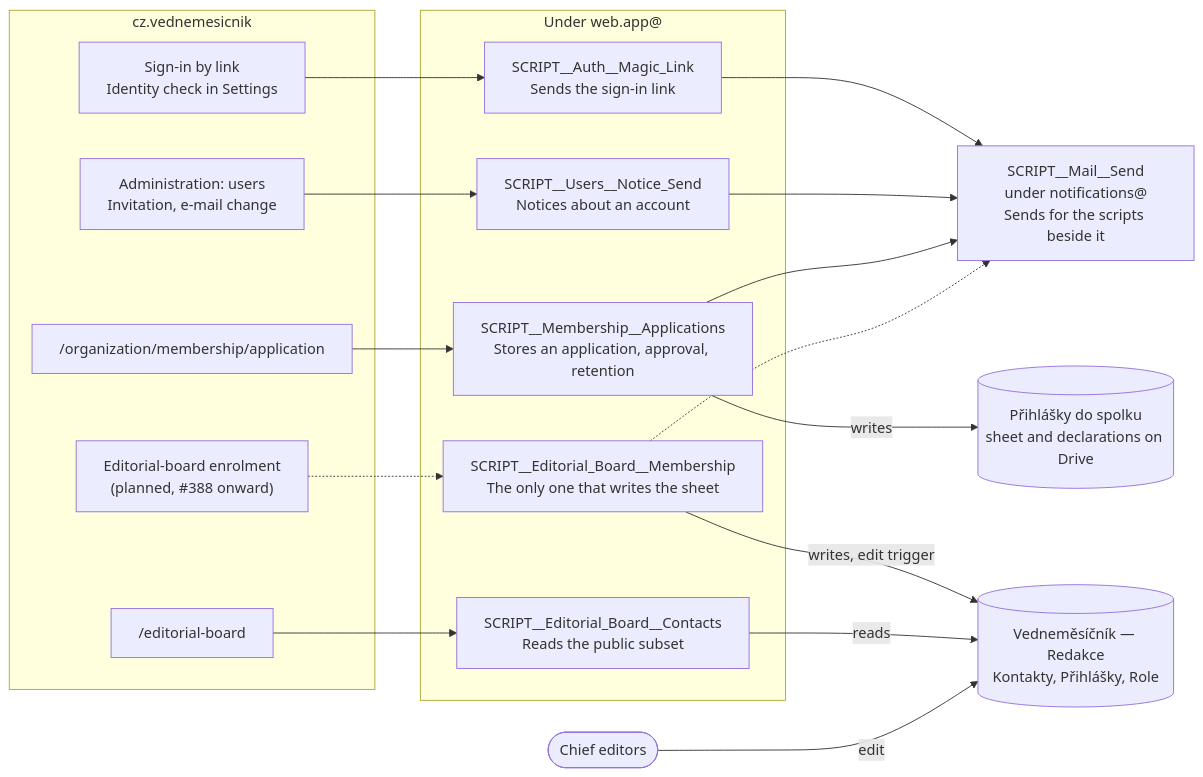
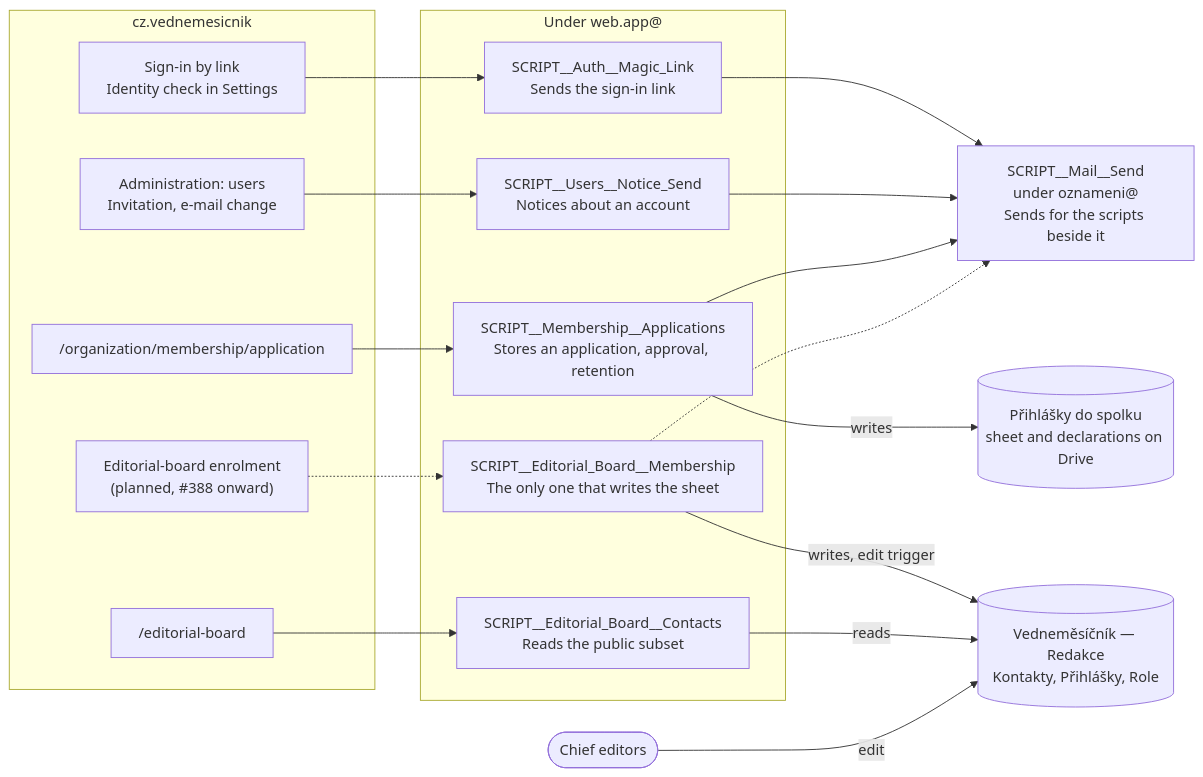
One commit to vednemesicnik/cz.vednemesicnik changed the diagram in docs/_apps-script-web-apps.md. Above: the diagram before and after it, drawn with Mermaid.

Commit message:
docs: the Mailer in the diagram runs under oznameni@

````diff
--- a/docs/_apps-script-web-apps.md
+++ b/docs/_apps-script-web-apps.md
@@ -8,38 +8,38 @@
 ```mermaid
 flowchart LR
   subgraph web["cz.vednemesicnik"]
     signIn["Sign-in by link<br/>Identity check in Settings"]
     users["Administration: users<br/>Invitation, e-mail change"]
     application["/organization/membership/application"]
     enrolment["Editorial-board enrolment<br/>(planned, #388 onward)"]
     board["/editorial-board"]
   end
 
   subgraph scripts["Under web.app@"]
     magicLink["SCRIPT__Auth__Magic_Link<br/>Sends the sign-in link"]
     usersNotice["SCRIPT__Users__Notice_Send<br/>Notices about an account"]
     membershipApplications["SCRIPT__Membership__Applications<br/>Stores an application, approval, retention"]
     boardMembership["SCRIPT__Editorial_Board__Membership<br/>The only one that writes the sheet"]
     contacts["SCRIPT__Editorial_Board__Contacts<br/>Reads the public subset"]
   end
 
-  mailer["SCRIPT__Mail__Send<br/>under notifications@<br/>Sends for the scripts beside it"]
+  mailer["SCRIPT__Mail__Send<br/>under oznameni@<br/>Sends for the scripts beside it"]
   membershipStore[("Přihlášky do spolku<br/>sheet and declarations on Drive")]
   editorialSheet[("Vedneměsíčník — Redakce<br/>Kontakty, Přihlášky, Role")]
   chiefEditors(["Chief editors"])
 
   signIn --> magicLink
   users --> usersNotice
   application --> membershipApplications
   enrolment -.-> boardMembership
   board --> contacts
 
   magicLink --> mailer
   usersNotice --> mailer
   membershipApplications --> mailer
   membershipApplications -->|writes| membershipStore
   boardMembership -.-> mailer
   boardMembership -->|"writes, edit trigger"| editorialSheet
   contacts -->|reads| editorialSheet
   chiefEditors -->|edit| editorialSheet
 ```
````
